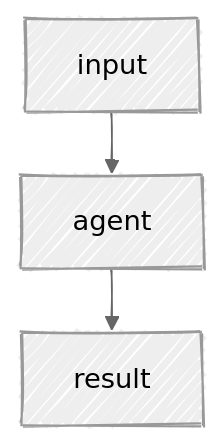
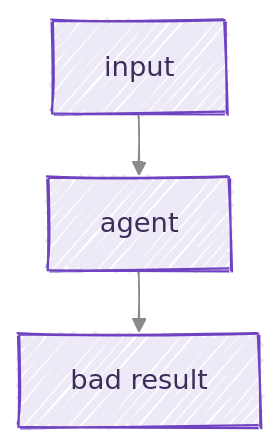
One commit to maltenlz/maltenlz.github.io changed the fourth of 6 diagrams in blog/posts/agent_usecases/index.qmd. Above: the diagram before and after it, drawn with Mermaid. The commit also changed other lines of this file and 3 other files, not shown here.

First line of the commit message:
Add workflow/agent diagrams and copy-edit blog posts

````diff
--- a/blog/posts/agent_usecases/index.qmd
+++ b/blog/posts/agent_usecases/index.qmd
@@ -140,12 +167,18 @@
 ```{mermaid}
-%%| fig-cap: "1. A plain agent that just produces a result."
+%%| fig-cap: "1. You start with a plain agent producing a mediocre result due to lack of context and domain knowledge."
 ---
 config:
   look: handDrawn
-  theme: neutral
+  theme: base
   layout: elk
+  themeVariables:
+    primaryColor: "#ede9f6"
+    primaryBorderColor: "#6f42c1"
+    primaryTextColor: "#3b2e5a"
+    lineColor: "#8a8a8a"
+    fontFamily: inherit
 ---
 flowchart TD
     IN["input"] --> A["agent"]
-    A --> OUT["result"]
+    A --> OUT["bad result"]
 ```
````
